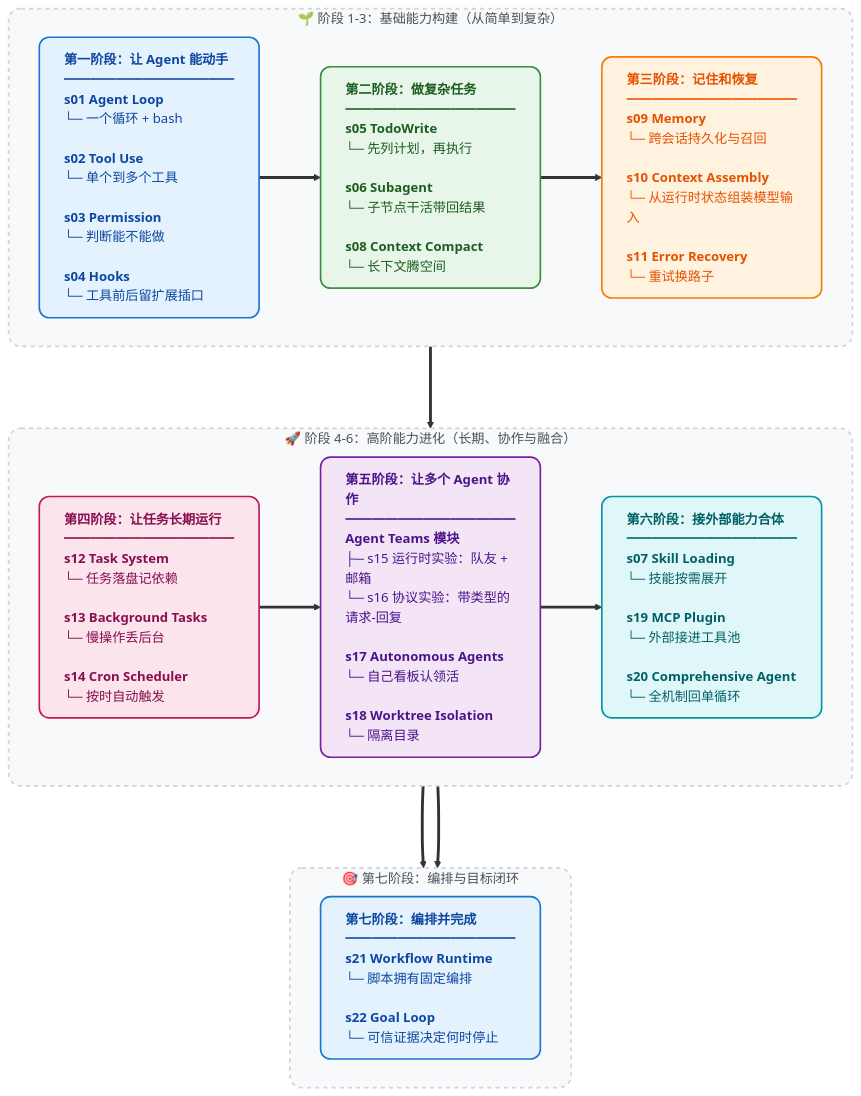
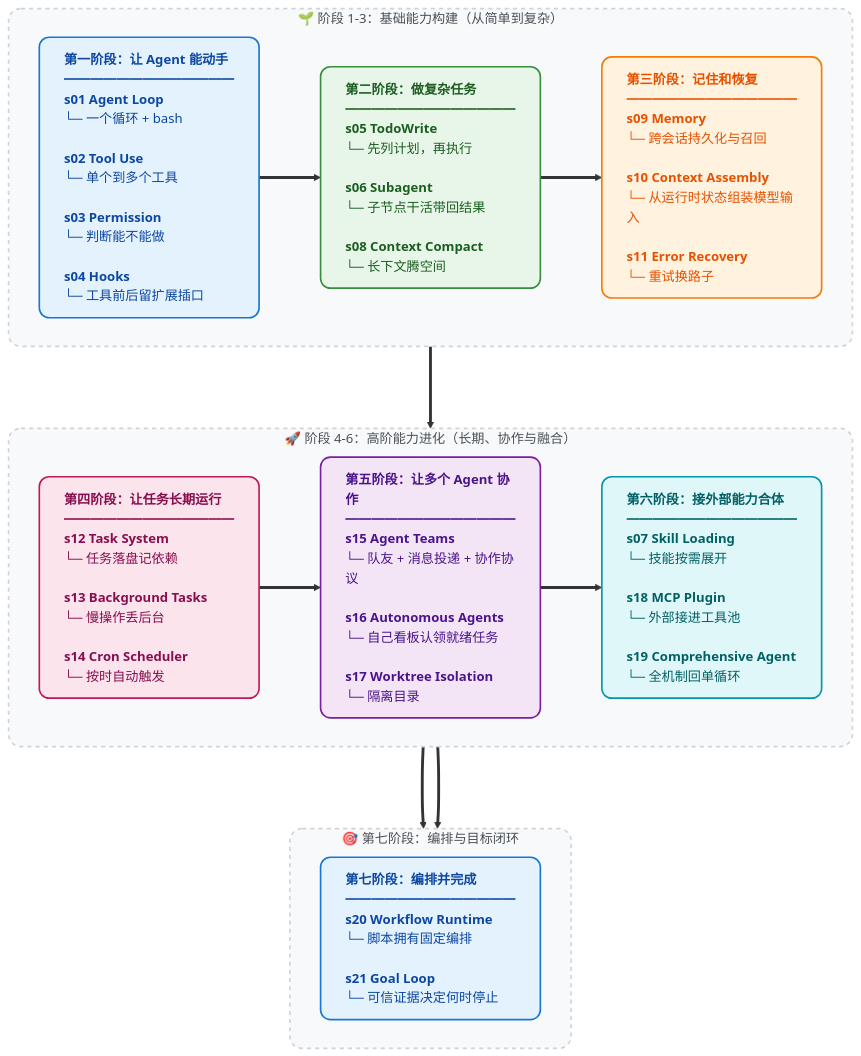
The diagram in README-zh.md (snake-fan/learn-claude-code), drawn with Mermaid before and after one commit. The commit also changed other lines of this file and 246 other files, not shown here.

````diff
--- a/README-zh.md
+++ b/README-zh.md
@@ -317,50 +306,50 @@
 ```mermaid
 flowchart TD
     %% 统一定义卡片样式：加入 text-align:left 保证列表不会居中乱飘
     classDef stage1 fill:#E3F2FD,stroke:#1976D2,stroke-width:2px,color:#0D47A1,rx:12,ry:12,text-align:left
     classDef stage2 fill:#E8F5E9,stroke:#388E3C,stroke-width:2px,color:#1B5E20,rx:12,ry:12,text-align:left
     classDef stage3 fill:#FFF3E0,stroke:#F57C00,stroke-width:2px,color:#E65100,rx:12,ry:12,text-align:left
     classDef stage4 fill:#FCE4EC,stroke:#C2185b,stroke-width:2px,color:#880E4F,rx:12,ry:12,text-align:left
     classDef stage5 fill:#F3E5F5,stroke:#7B1FA2,stroke-width:2px,color:#4A148C,rx:12,ry:12,text-align:left
     classDef stage6 fill:#E0F7FA,stroke:#0097A7,stroke-width:2px,color:#006064,rx:12,ry:12,text-align:left
     
     %% 背景框样式
     classDef groupBox fill:#F8F9FA,stroke:#CED4DA,stroke-width:2px,stroke-dasharray: 5 5,rx:15,ry:15,color:#495057
     
     %% 第一层：1-3阶段
     subgraph Phase1 ["🌱 阶段 1-3：基础能力构建（从简单到复杂）"]
         direction LR
         S1["<b>第一阶段：让 Agent 能动手</b><br/>━━━━━━━━━━━━━<br/><b>s01 Agent Loop</b><br/>└─ 一个循环 + bash<br/><br/><b>s02 Tool Use</b><br/>└─ 单个到多个工具<br/><br/><b>s03 Permission</b><br/>└─ 判断能不能做<br/><br/><b>s04 Hooks</b><br/>└─ 工具前后留扩展插口"]:::stage1
 
         S2["<b>第二阶段：做复杂任务</b><br/>━━━━━━━━━━━━━<br/><b>s05 TodoWrite</b><br/>└─ 先列计划，再执行<br/><br/><b>s06 Subagent</b><br/>└─ 子节点干活带回结果<br/><br/><b>s08 Context Compact</b><br/>└─ 长下文腾空间"]:::stage2
 
         S3["<b>第三阶段：记住和恢复</b><br/>━━━━━━━━━━━━━<br/><b>s09 Memory</b><br/>└─ 跨会话持久化与召回<br/><br/><b>s10 Context Assembly</b><br/>└─ 从运行时状态组装模型输入<br/><br/><b>s11 Error Recovery</b><br/>└─ 重试换路子"]:::stage3
 
         S1 ==> S2 ==> S3
     end
 
     %% 第二层：4-6阶段
     subgraph Phase2 ["🚀 阶段 4-6：高阶能力进化（长期、协作与融合）"]
         direction LR
         S4["<b>第四阶段：让任务长期运行</b><br/>━━━━━━━━━━━━━<br/><b>s12 Task System</b><br/>└─ 任务落盘记依赖<br/><br/><b>s13 Background Tasks</b><br/>└─ 慢操作丢后台<br/><br/><b>s14 Cron Scheduler</b><br/>└─ 按时自动触发"]:::stage4
 
-        S5["<b>第五阶段：让多个 Agent 协作</b><br/>━━━━━━━━━━━━━<br/><b>Agent Teams 模块</b><br/>├─ s15 运行时实验：队友 + 邮箱<br/>└─ s16 协议实验：带类型的请求-回复<br/><br/><b>s17 Autonomous Agents</b><br/>└─ 自己看板认领活<br/><br/><b>s18 Worktree Isolation</b><br/>└─ 隔离目录"]:::stage5
+        S5["<b>第五阶段：让多个 Agent 协作</b><br/>━━━━━━━━━━━━━<br/><b>s15 Agent Teams</b><br/>└─ 队友 + 消息投递 + 协作协议<br/><br/><b>s16 Autonomous Agents</b><br/>└─ 自己看板认领就绪任务<br/><br/><b>s17 Worktree Isolation</b><br/>└─ 隔离目录"]:::stage5
 
-        S6["<b>第六阶段：接外部能力合体</b><br/>━━━━━━━━━━━━━<br/><b>s07 Skill Loading</b><br/>└─ 技能按需展开<br/><br/><b>s19 MCP Plugin</b><br/>└─ 外部接进工具池<br/><br/><b>s20 Comprehensive Agent</b><br/>└─ 全机制回单循环"]:::stage6
+        S6["<b>第六阶段：接外部能力合体</b><br/>━━━━━━━━━━━━━<br/><b>s07 Skill Loading</b><br/>└─ 技能按需展开<br/><br/><b>s18 MCP Plugin</b><br/>└─ 外部接进工具池<br/><br/><b>s19 Comprehensive Agent</b><br/>└─ 全机制回单循环"]:::stage6
 
         S4 ==> S5 ==> S6
     end
 
     %% 第三层：编排与目标闭环
     subgraph Phase3 ["🎯 第七阶段：编排与目标闭环"]
         direction LR
-        S7["<b>第七阶段：编排并完成</b><br/>━━━━━━━━━━━━━<br/><b>s21 Workflow Runtime</b><br/>└─ 脚本拥有固定编排<br/><br/><b>s22 Goal Loop</b><br/>└─ 可信证据决定何时停止"]:::stage1
+        S7["<b>第七阶段：编排并完成</b><br/>━━━━━━━━━━━━━<br/><b>s20 Workflow Runtime</b><br/>└─ 脚本拥有固定编排<br/><br/><b>s21 Goal Loop</b><br/>└─ 可信证据决定何时停止"]:::stage1
         S6 ==> S7
     end
 
     %% 将三个模块连接起来，形成 Z 字形阅读流
     Phase1 ===> Phase2 ===> Phase3
 
     %% 应用背景样式
     class Phase1,Phase2,Phase3 groupBox
 ```
````
